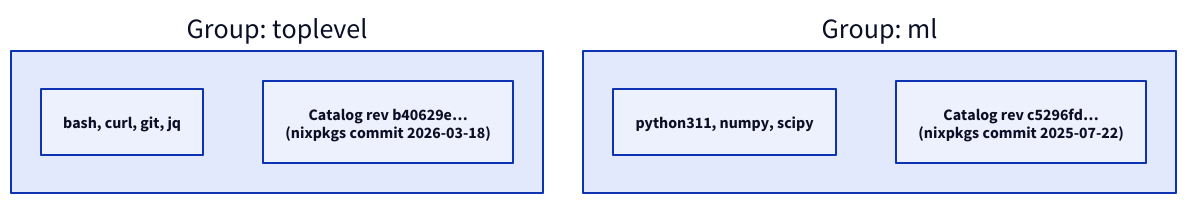
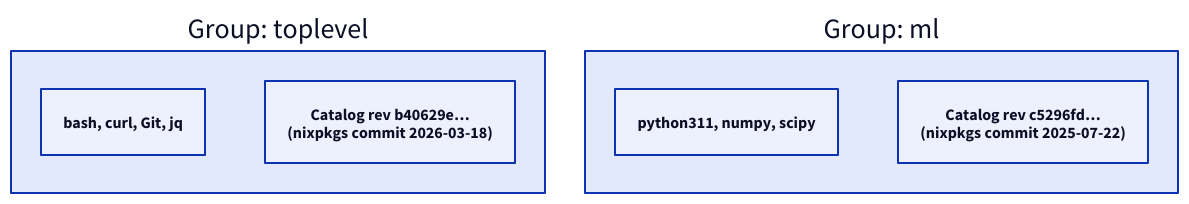
Before and after one commit to flox/floxdocs: the diagram in docs/concepts/package-groups.md, drawn with D2. The commit also changed other lines of this file, not shown here.

First line of the commit message:
Fix capitalization and update GitHub links

````diff
--- a/docs/concepts/package-groups.md
+++ b/docs/concepts/package-groups.md
@@ -66,11 +66,11 @@
 ```d2 scale="0.9"
 toplevel: "Group: toplevel" {
-  packages: "bash, curl, git, jq"
+  packages: "bash, curl, Git, jq"
   rev: "Catalog rev b40629e…\n(nixpkgs commit 2026-03-18)"
 }
 
 ml: "Group: ml" {
   packages: "python311, numpy, scipy"
   rev: "Catalog rev c5296fd…\n(nixpkgs commit 2025-07-22)"
 }
 ```
````
